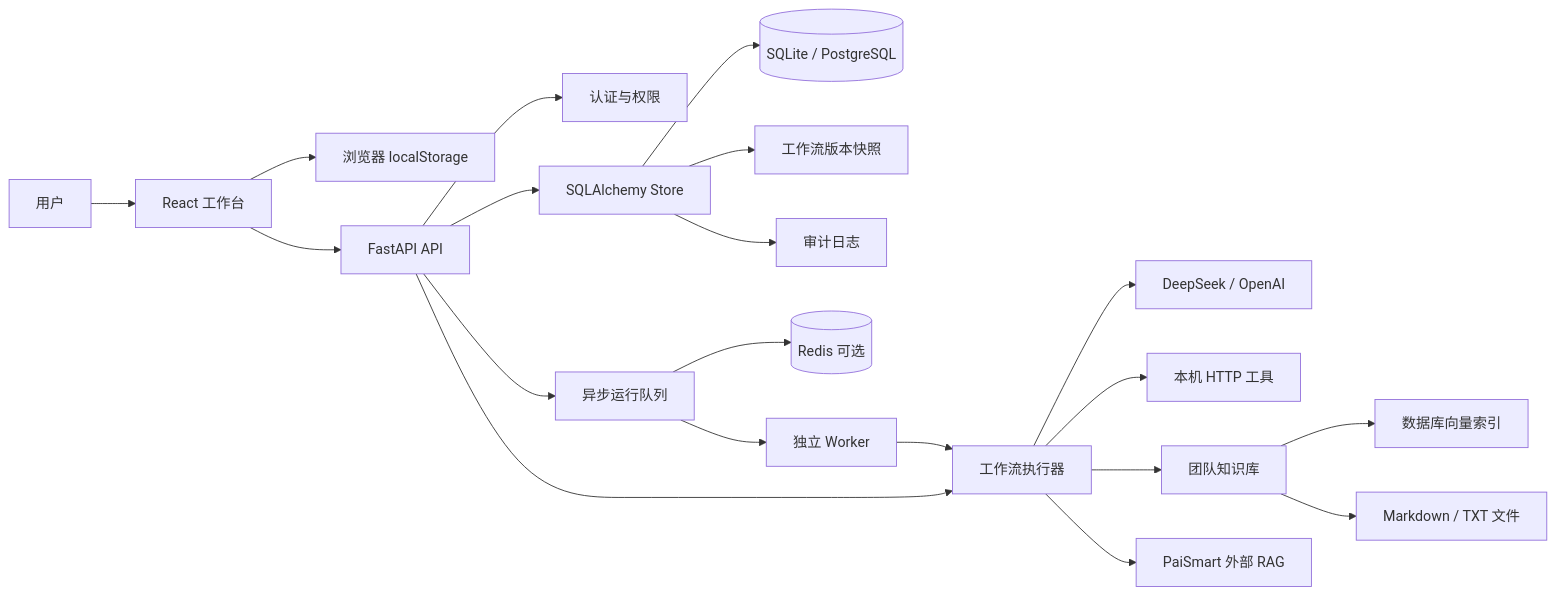
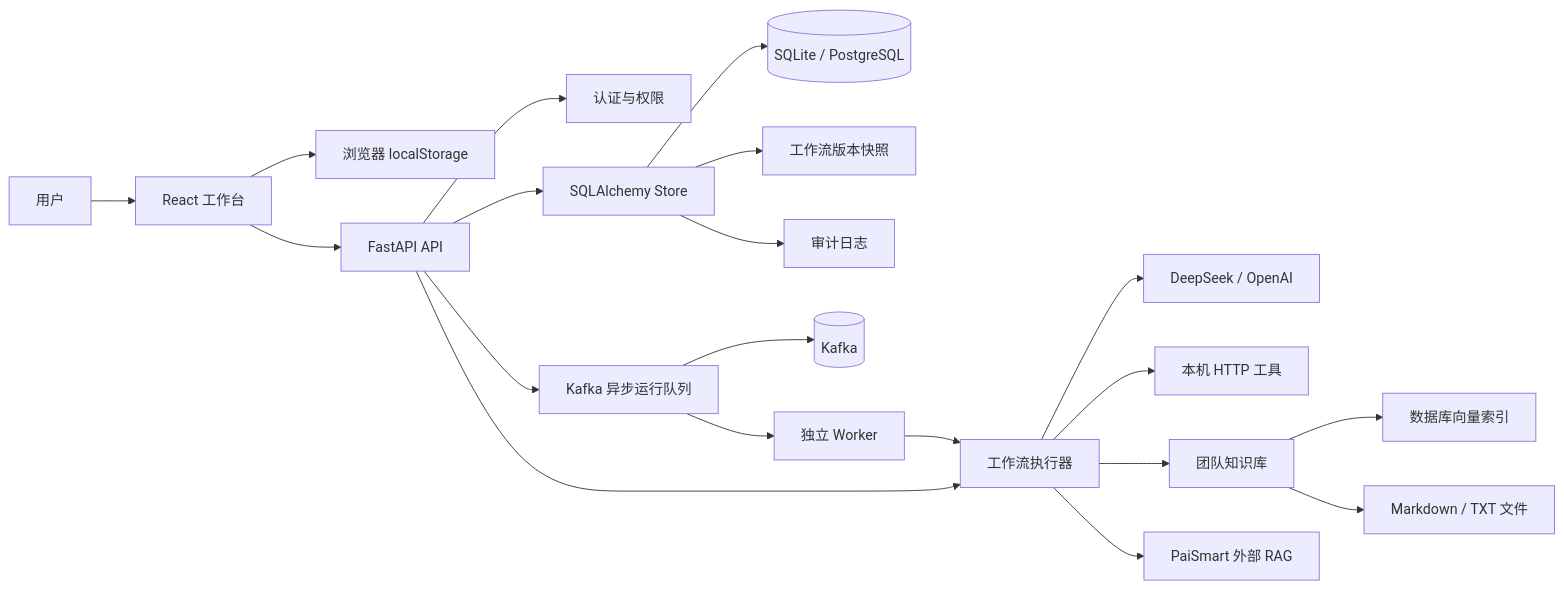
Before and after one commit to 996963759/workflow-studio: the first of 3 diagrams in docs/architecture.md, drawn with Mermaid. The commit also changed other lines of this file and 17 other files, not shown here.

````diff
--- a/docs/architecture.md
+++ b/docs/architecture.md
@@ -5,22 +5,22 @@
 ```mermaid
 flowchart LR
   User[用户] --> UI[React 工作台]
   UI --> Local[浏览器 localStorage]
   UI --> API[FastAPI API]
   API --> Auth[认证与权限]
   API --> Store[SQLAlchemy Store]
   Store --> DB[(SQLite / PostgreSQL)]
   Store --> Versions[工作流版本快照]
   Store --> Audit[审计日志]
-  API --> Jobs[异步运行队列]
-  Jobs --> Redis[(Redis 可选)]
+  API --> Jobs[Kafka 异步运行队列]
+  Jobs --> Kafka[(Kafka)]
   Jobs --> Worker[独立 Worker]
   Worker --> Runner[工作流执行器]
   API --> Runner
   Runner --> LLM[DeepSeek / OpenAI]
   Runner --> Tool[本机 HTTP 工具]
   Runner --> KB[团队知识库]
   KB --> Vector[数据库向量索引]
   KB --> Files[Markdown / TXT 文件]
   Runner --> PaiSmart[PaiSmart 外部 RAG]
 ```
````
